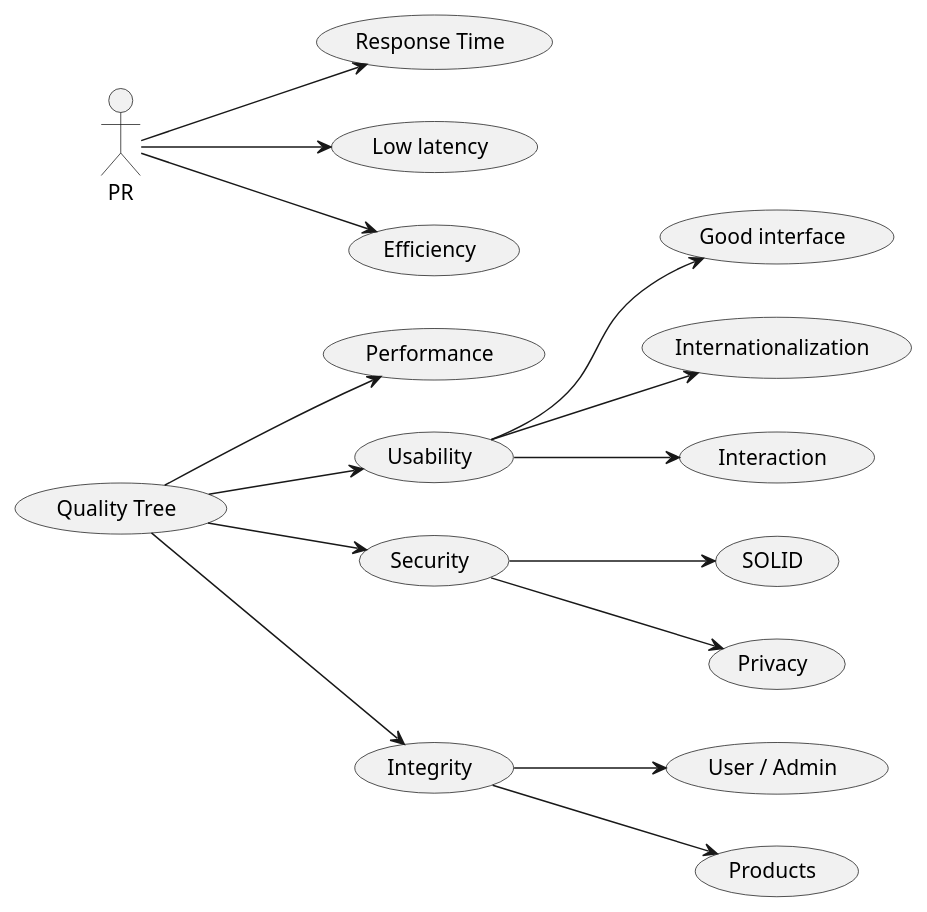
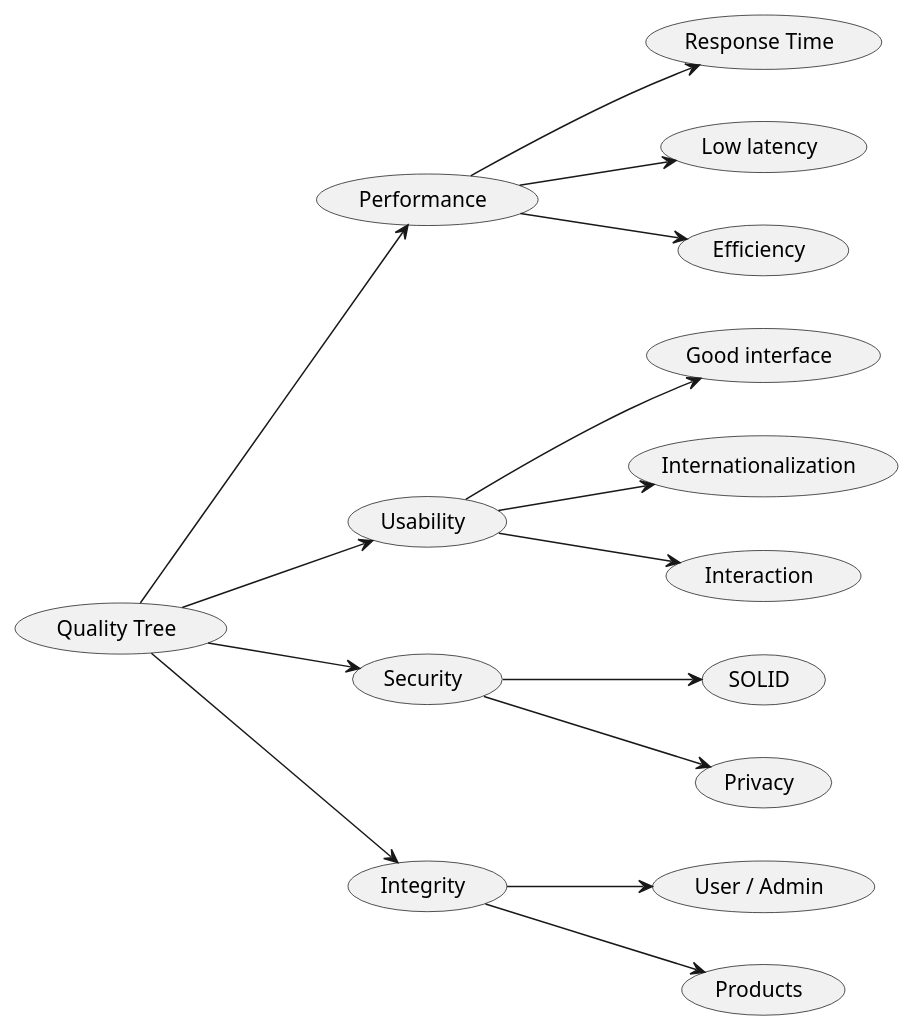
The diagram in docs/10_quality_scenarios.adoc (Arquisoft/Arquisoft-dede_es_04a), drawn with PlantUML before and after one commit. The commit also changed other lines of this file, not shown here.

Commit message:
Arreglos en el diagrama UML

```diff
--- a/docs/10_quality_scenarios.adoc
+++ b/docs/10_quality_scenarios.adoc
@@ -8,33 +8,33 @@
 [plantuml, "Quality tree",png]
 ----
 left to right direction
 (Quality Tree) as (QT)
 (Performance) as (Pr)
 (Usability) as (U)
 (Security) as (Se)
 (Integrity) as (In)
 (Response Time) as (ResponseTime)
 (Low latency) as (LowLatency)
 (Efficiency) as (Efficiency)
 (Good interface) as (GoodInterface)
 (Internationalization) as (Inter)
 (Interaction) as (Interaction)
 (SOLID) as (SOLID)
 (Privacy) as (Privacy)
 (User / Admin) as (UserAdmin)
 (Products) as (Products)
 QT --> Pr
 QT --> U
 QT --> Se
 QT --> In
-PR --> ResponseTime
-PR --> LowLatency
-PR --> Efficiency
+Pr --> ResponseTime
+Pr --> LowLatency
+Pr --> Efficiency
 U --> GoodInterface
 U --> Inter
 U --> Interaction
 Se --> SOLID
 Se --> Privacy
 In --> UserAdmin
 In --> Products
 ----
```
